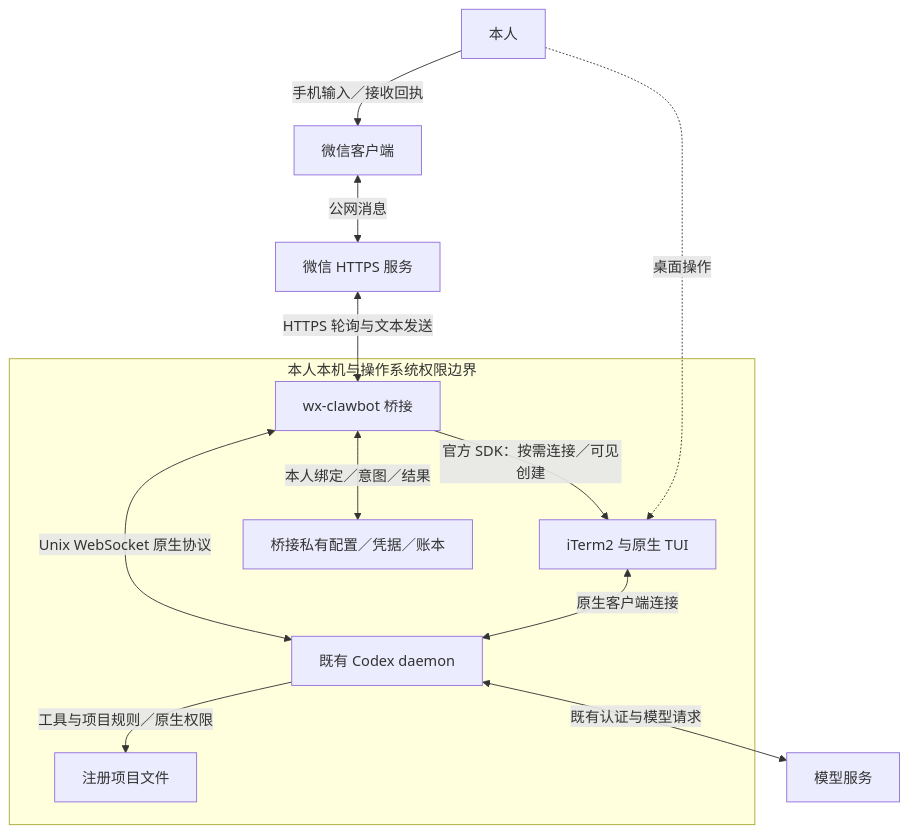
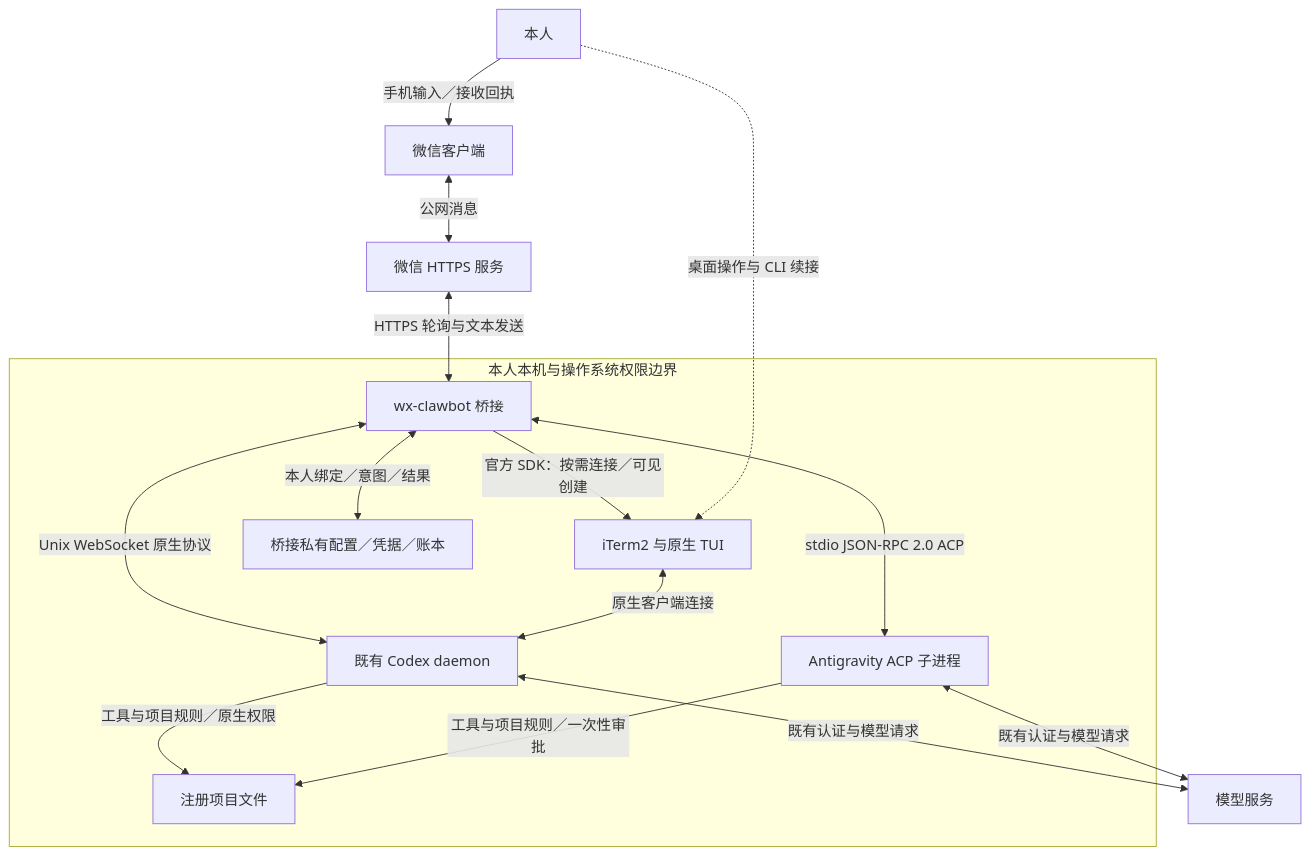
Before and after one commit to benarchen/wx-clawbot: the first of 5 diagrams in docs/architecture-design.md, drawn with Mermaid. The commit also changed other lines of this file and 53 other files, not shown here.

First line of the commit message:
feat: 发布 0.2.0，建立多 Agent 架构并完整兼容 Antigravity（agy acp）后端

````diff
--- a/docs/architecture-design.md
+++ b/docs/architecture-design.md
@@ -34,20 +34,24 @@
 ```mermaid
 flowchart TB
   user["本人"] -->|"手机输入／接收回执"| wx["微信客户端"]
   wx <-->|"公网消息"| cloud["微信 HTTPS 服务"]
   subgraph local["本人本机与操作系统权限边界"]
     bridge["wx-clawbot 桥接"]
     native["既有 Codex daemon"]
+    agy["Antigravity ACP 子进程"]
     iterm["iTerm2 与原生 TUI"]
     project["注册项目文件"]
     private["桥接私有配置／凭据／账本"]
     bridge <-->|"Unix WebSocket 原生协议"| native
+    bridge <-->|"stdio JSON-RPC 2.0 ACP"| agy
     bridge -->|"官方 SDK：按需连接／可见创建"| iterm
     iterm <-->|"原生客户端连接"| native
     native -->|"工具与项目规则／原生权限"| project
+    agy -->|"工具与项目规则／一次性审批"| project
     bridge <-->|"本人绑定／意图／结果"| private
   end
   cloud <-->|"HTTPS 轮询与文本发送"| bridge
   native <-->|"既有认证与模型请求"| model["模型服务"]
-  user -.->|"桌面操作"| iterm
+  agy <-->|"既有认证与模型请求"| model
+  user -.->|"桌面操作与 CLI 续接"| iterm
 ```
````
